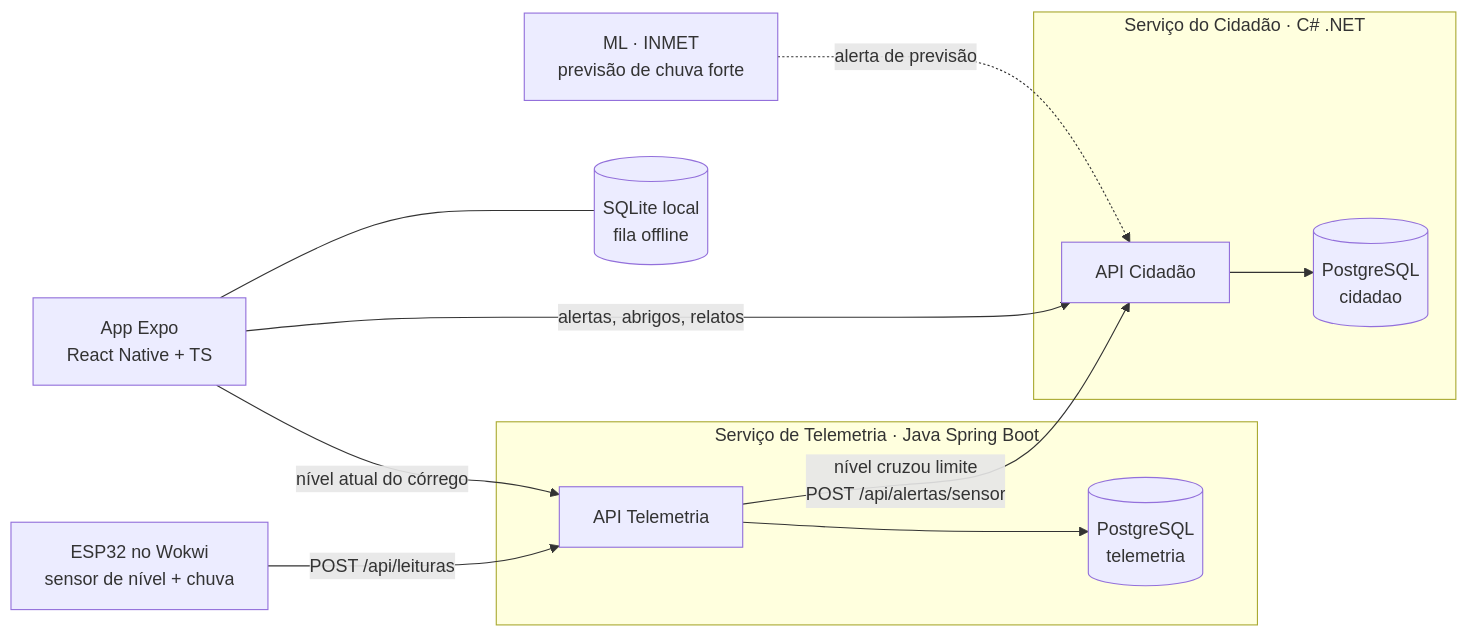
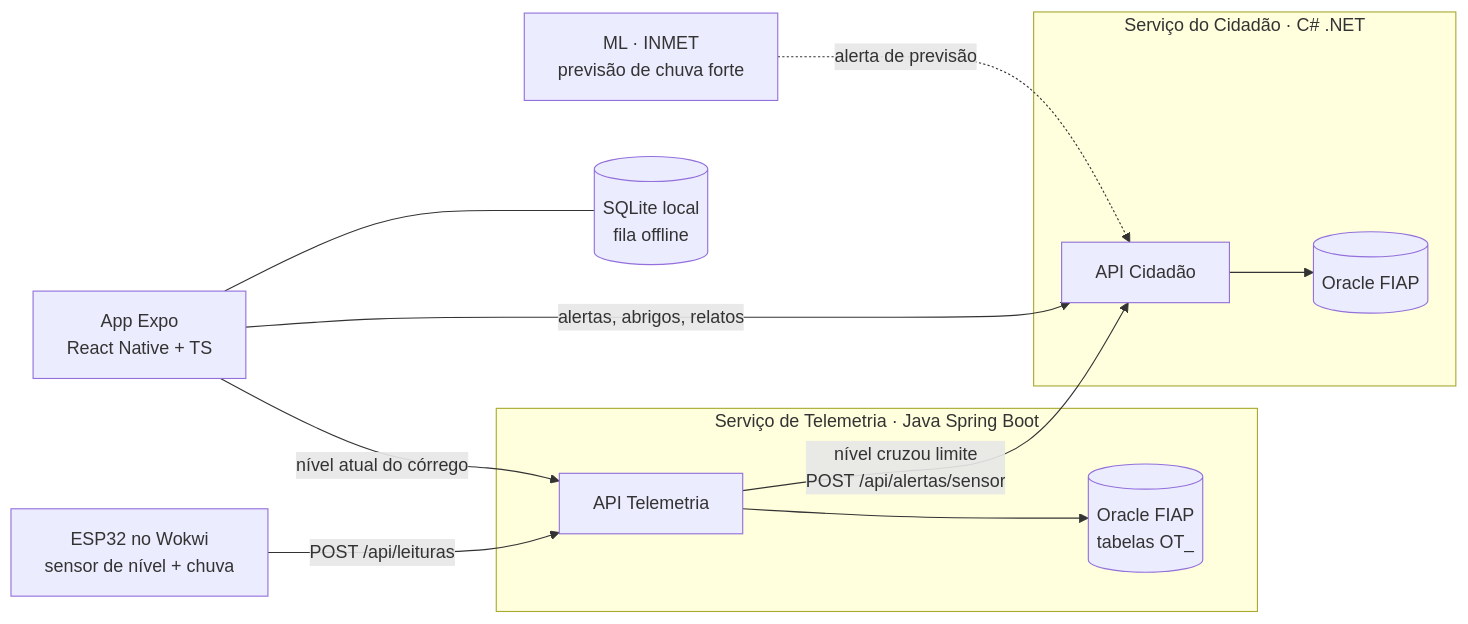
The diagram in README.md (PeOliveira18/GlobalSolution-SOA), drawn with Mermaid before and after one commit. The commit also changed other lines of this file and 9 other files, not shown here.

````diff
--- a/README.md
+++ b/README.md
@@ -21,15 +21,15 @@
 ```mermaid
 flowchart LR
     ESP[ESP32 no Wokwi<br/>sensor de nível + chuva] -- POST /api/leituras --> TEL
     subgraph SOA [Serviço de Telemetria · Java Spring Boot]
-      TEL[API Telemetria] --> PGT[(PostgreSQL<br/>telemetria)]
+      TEL[API Telemetria] --> ORT[(Oracle FIAP<br/>tabelas OT_)]
     end
     TEL -- "nível cruzou limite<br/>POST /api/alertas/sensor" --> CID
     subgraph CS [Serviço do Cidadão · C# .NET]
-      CID[API Cidadão] --> PGC[(PostgreSQL<br/>cidadao)]
+      CID[API Cidadão] --> ORC[(Oracle FIAP)]
     end
     APP[App Expo<br/>React Native + TS] -- alertas, abrigos, relatos --> CID
     APP -- nível atual do córrego --> TEL
     APP --- SQL[(SQLite local<br/>fila offline)]
     ML[ML · INMET<br/>previsão de chuva forte] -. alerta de previsão .-> CID
 ```
````
